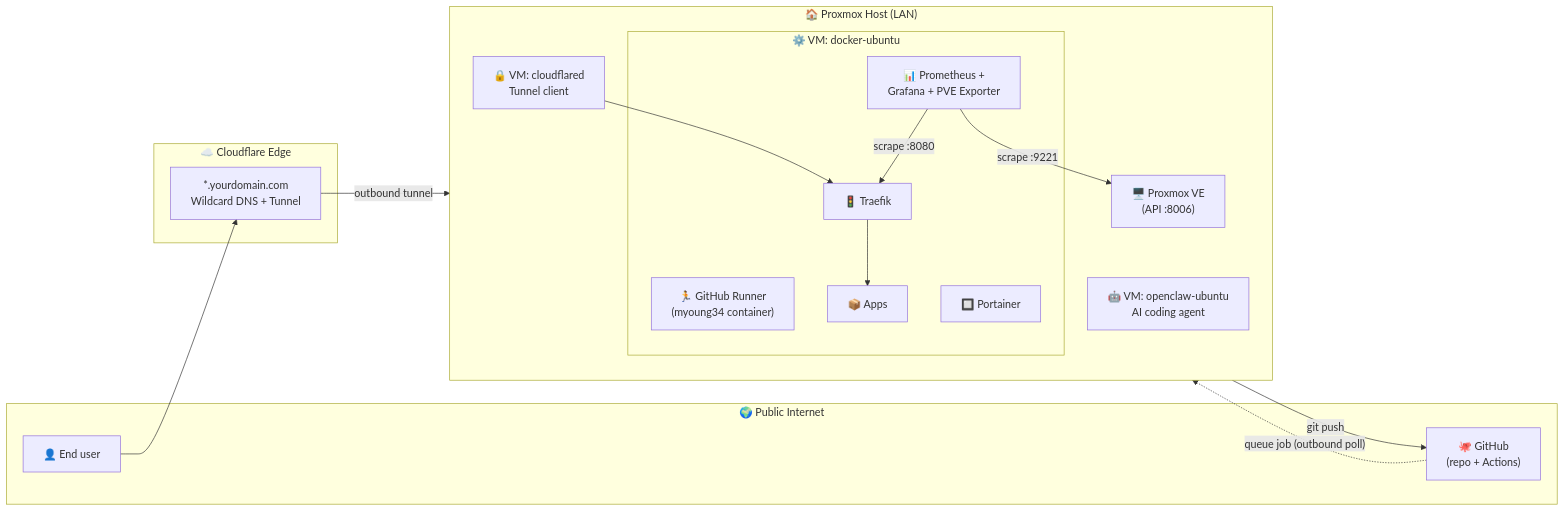
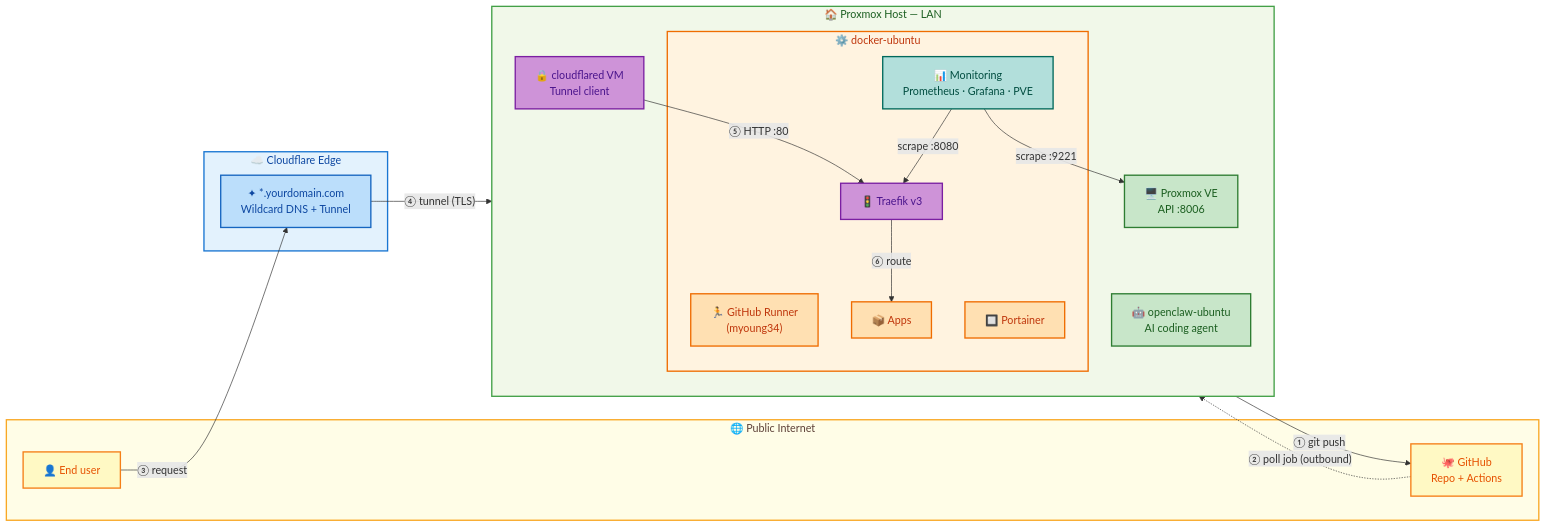
Before and after one commit to fire3san/homelabpipeline: the first of 4 diagrams in README.md, drawn with Mermaid. The commit also changed other lines of this file, not shown here.

Commit message:
Redesign architecture diagrams with professional color-coded styling and fix broken emoji

````diff
--- a/README.md
+++ b/README.md
@@ -55,34 +55,53 @@
 ```mermaid
 flowchart LR
-    subgraph Cloud["☁️ Cloudflare Edge"]
-        CF["*.yourdomain.com<br/>Wildcard DNS + Tunnel"]
+    subgraph Internet["🌐  Public Internet"]
+        User["👤  End user"]
+        GH["🐙  GitHub<br/>Repo + Actions"]
     end
 
-    subgraph Internet["🌍 Public Internet"]
-        User["👤 End user"]
-        GH["🐙 GitHub<br/>(repo + Actions)"]
+    subgraph Cloud["☁️  Cloudflare Edge"]
+        CF["✦  *.yourdomain.com<br/>Wildcard DNS + Tunnel"]
     end
 
-    subgraph Homelab["🏠 Proxmox Host (LAN)"]
+    subgraph Homelab["🏠  Proxmox Host — LAN"]
         direction TB
-        Claw["🤖 VM: openclaw-ubuntu<br/>AI coding agent"]
-        subgraph DockerVM["⚙️ VM: docker-ubuntu"]
-            Runner["🏃 GitHub Runner<br/>(myoung34 container)"]
-            Portainer["🔲 Portainer"]
-            Traefik["🚦 Traefik"]
-            Monitoring["📊 Prometheus +<br/>Grafana + PVE Exporter"]
-            Apps["📦 Apps"]
+        Claw["🤖  openclaw-ubuntu<br/>AI coding agent"]
+        subgraph DockerVM["⚙️  docker-ubuntu"]
+            Runner["🏃  GitHub Runner<br/>(myoung34)"]
+            Portainer["🔲  Portainer"]
+            Traefik["🚦  Traefik v3"]
+            Monitoring["📊  Monitoring<br/>Prometheus · Grafana · PVE"]
+            Apps["📦  Apps"]
         end
-        Tunnel["🔒 VM: cloudflared<br/>Tunnel client"]
-        PVE["🖥️ Proxmox VE<br/>(API :8006)"]
+        Tunnel["🔒  cloudflared VM<br/>Tunnel client"]
+        PVE["🖥️  Proxmox VE<br/>API :8006"]
     end
 
-    Claw -- "git push" --> GH
-    GH -. "queue job (outbound poll)" .-> Runner
-    User --> CF
-    CF -- "outbound tunnel" --> Tunnel
-    Tunnel --> Traefik
-    Traefik --> Apps
+    Claw   -- "① git push" --> GH
+    GH     -. "② poll job (outbound)" .-> Runner
+    User   -- "③ request" --> CF
+    CF     -- "④ tunnel (TLS)" --> Tunnel
+    Tunnel -- "⑤ HTTP :80" --> Traefik
+    Traefik -- "⑥ route" --> Apps
     Monitoring -- "scrape :9221" --> PVE
     Monitoring -- "scrape :8080" --> Traefik
+
+    classDef internet   fill:#FFF9C4,stroke:#F57F17,stroke-width:2px,color:#E65100
+    classDef cloud      fill:#BBDEFB,stroke:#1565C0,stroke-width:2px,color:#0D47A1
+    classDef docker     fill:#FFE0B2,stroke:#EF6C00,stroke-width:2px,color:#BF360C
+    classDef gateway    fill:#CE93D8,stroke:#7B1FA2,stroke-width:2px,color:#4A148C
+    classDef monitor    fill:#B2DFDB,stroke:#00695C,stroke-width:2px,color:#004D40
+    classDef proxmox    fill:#C8E6C9,stroke:#2E7D32,stroke-width:2px,color:#1B5E20
+
+    class User,GH internet
+    class CF cloud
+    class Runner,Portainer,Apps docker
+    class Traefik,Tunnel gateway
+    class Monitoring monitor
+    class Claw,PVE proxmox
+
+    style Internet fill:#FFFDE7,stroke:#F9A825,stroke-width:2px,color:#5D4037
+    style Cloud    fill:#E3F2FD,stroke:#1976D2,stroke-width:2px,color:#0D47A1
+    style Homelab  fill:#F1F8E9,stroke:#43A047,stroke-width:2px,color:#1B5E20
+    style DockerVM fill:#FFF3E0,stroke:#EF6C00,stroke-width:2px,color:#BF360C
 ```
````
